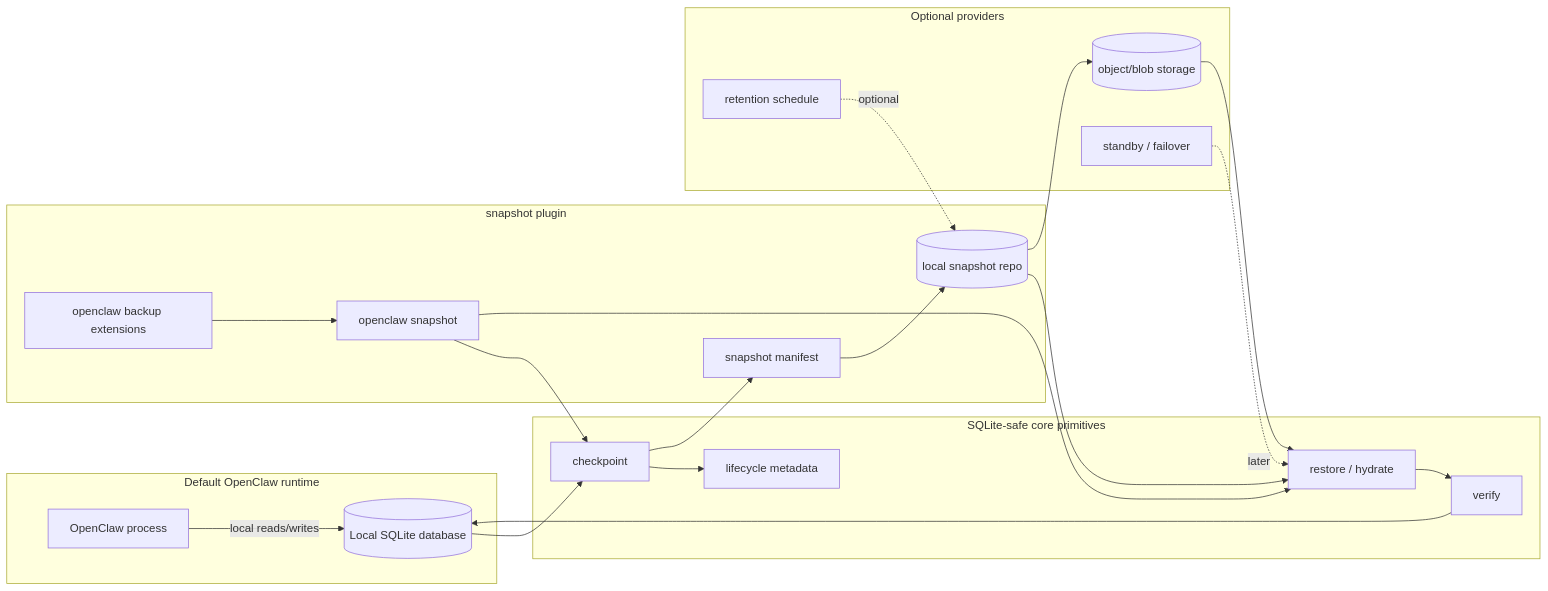
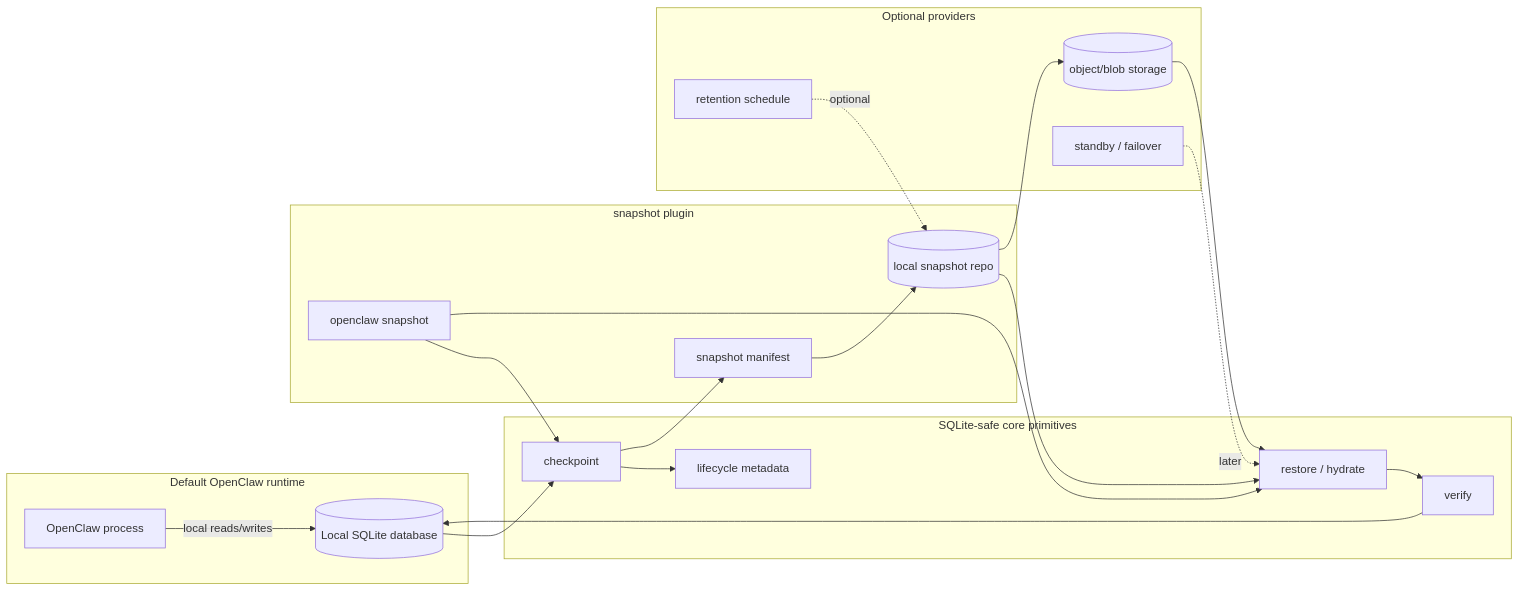
Before and after one commit to openclaw/rfcs: the diagram in rfcs/0013-cloud-serializable-sqlite-state.md, drawn with Mermaid. The commit also changed other lines of this file, not shown here.

Commit message:
Add snapshot implementation roadmap

````diff
--- a/rfcs/0013-cloud-serializable-sqlite-state.md
+++ b/rfcs/0013-cloud-serializable-sqlite-state.md
@@ -129,43 +145,41 @@
 ```mermaid
 flowchart LR
   subgraph Runtime[Default OpenClaw runtime]
     App[OpenClaw process]
     DB[(Local SQLite database)]
     App -->|local reads/writes| DB
   end
 
   subgraph Core[SQLite-safe core primitives]
     Checkpoint[checkpoint]
     Verify[verify]
     Restore[restore / hydrate]
     Metadata[lifecycle metadata]
   end
 
   subgraph Plugin[snapshot plugin]
     Cmd[openclaw snapshot]
-    Backup[openclaw backup extensions]
     Manifest[snapshot manifest]
     LocalRepo[(local snapshot repo)]
   end
 
   subgraph Providers[Optional providers]
     Object[(object/blob storage)]
     Retention[retention schedule]
     Failover[standby / failover]
   end
 
   DB --> Checkpoint
   Checkpoint --> Metadata
   Checkpoint --> Manifest
   Cmd --> Checkpoint
   Cmd --> Restore
-  Backup --> Cmd
   Manifest --> LocalRepo
   LocalRepo --> Restore
   LocalRepo --> Object
   Object --> Restore
   Restore --> Verify
   Verify --> DB
   Retention -. optional .-> LocalRepo
   Failover -. later .-> Restore
 ```
````
